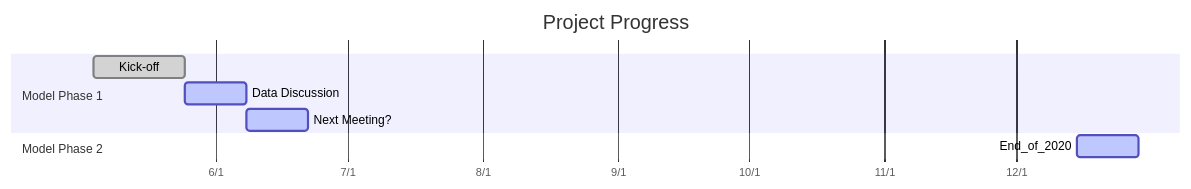
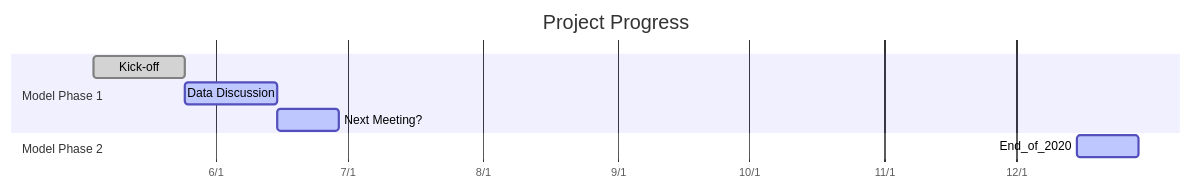
The diagram in for_cft.md (udothemath/my_hackmd), drawn with Mermaid before and after one commit. The commit also changed other lines of this file, not shown here.

````diff
--- a/for_cft.md
+++ b/for_cft.md
@@ -12,13 +12,13 @@
 ```mermaid
 gantt
 dateFormat  YYYY-MM-DD
 axisFormat %-m/%-d
 title Project Progress
 
 section Model Phase 1
 Kick-off:done, des1, 2020-05-04, 3w
-Data Discussion:active, des2, 2020-05-25, 2w
-Next Meeting?:active, des2, 2020-06-08, 2w
+Data Discussion:active, des2, 2020-05-25, 3w
+Next Meeting?:active, des2, 2020-06-15, 2w
 section Model Phase 2
 End_of_2020:active,  des2, 2020-12-15, 2w
 ```
````
